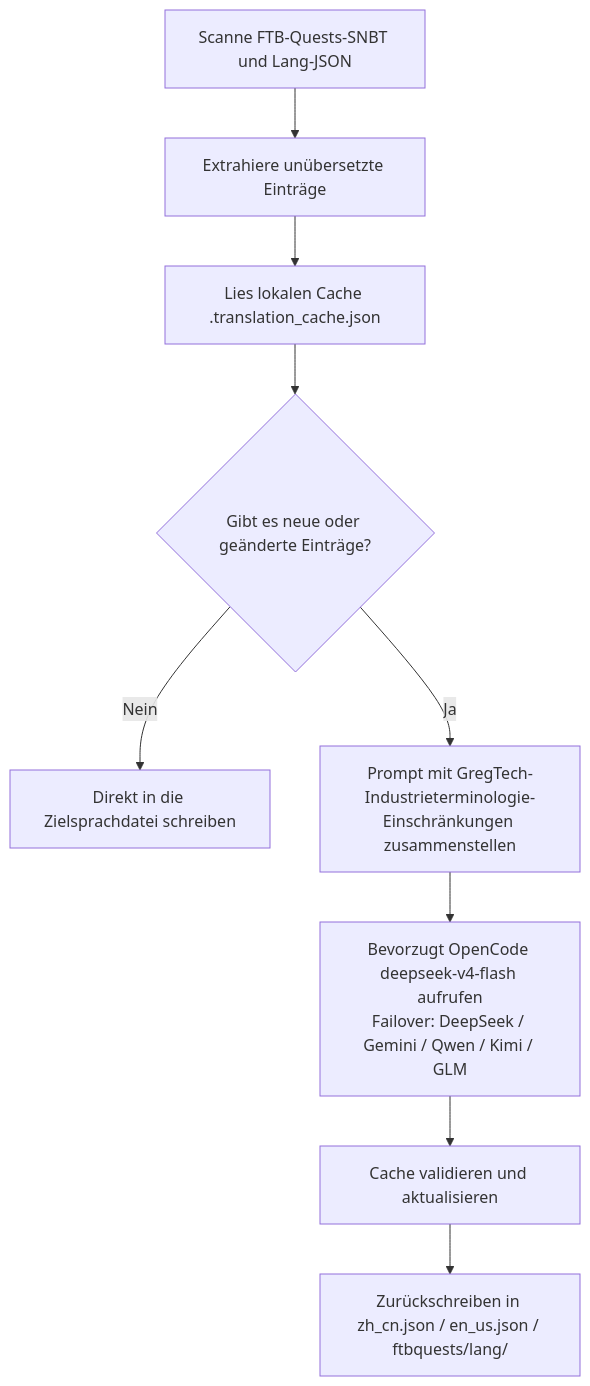
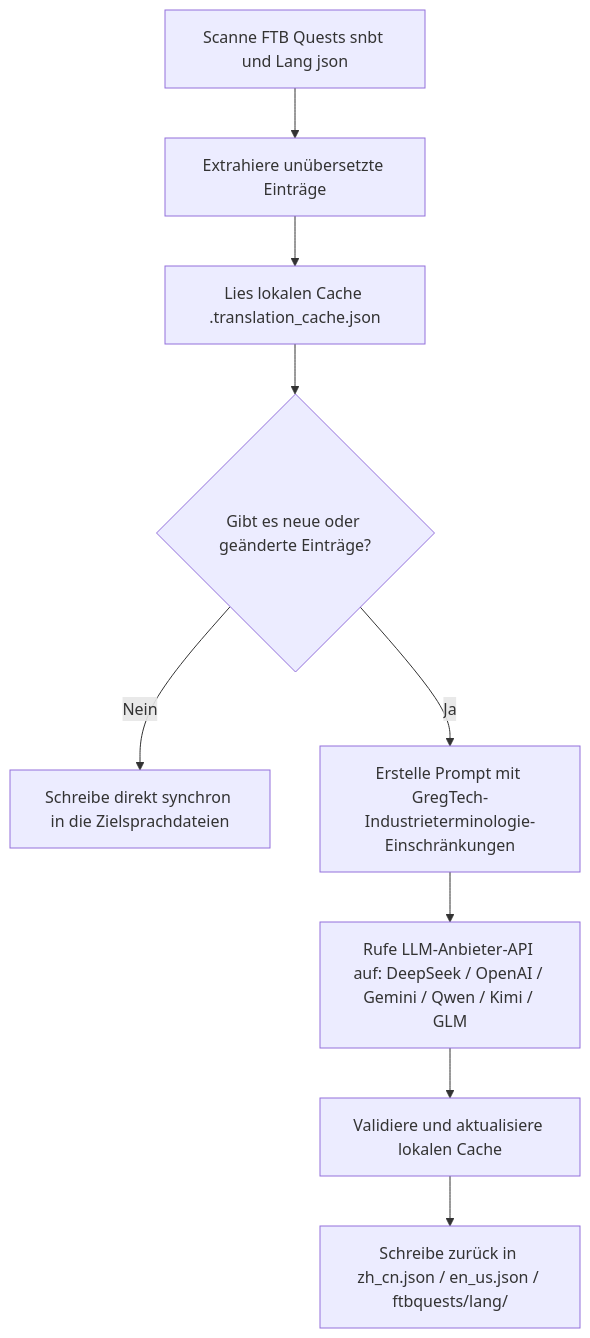
One commit to takanashisatou/GregtechEasy-Docs changed the diagram in docs/de/ci-cd-and-translation/ai-translation.md. Above: the diagram before and after it, drawn with Mermaid. The commit also changed other lines of this file and 8 other files, not shown here.

````diff
--- a/docs/de/ci-cd-and-translation/ai-translation.md
+++ b/docs/de/ci-cd-and-translation/ai-translation.md
@@ -27,11 +13,11 @@
 ```mermaid
 graph TD
-    A[Scanne FTB-Quests-SNBT und Lang-JSON] --> B[Extrahiere unübersetzte Einträge]
+    A[Scanne FTB Quests snbt und Lang json] --> B[Extrahiere unübersetzte Einträge]
     B --> C[Lies lokalen Cache .translation_cache.json]
     C --> D{Gibt es neue oder geänderte Einträge?}
-    D -- Nein --> E[Direkt in die Zielsprachdatei schreiben]
-    D -- Ja --> F[Prompt mit GregTech-Industrieterminologie-Einschränkungen zusammenstellen]
-    F --> G["Bevorzugt OpenCode deepseek-v4-flash aufrufen<br/>Failover: DeepSeek / Gemini / Qwen / Kimi / GLM"]
-    G --> H[Cache validieren und aktualisieren]
-    H --> I[Zurückschreiben in zh_cn.json / en_us.json / ftbquests/lang/]
+    D -- Nein --> E[Schreibe direkt synchron in die Zielsprachdateien]
+    D -- Ja --> F[Erstelle Prompt mit GregTech-Industrieterminologie-Einschränkungen]
+    F --> G[Rufe LLM-Anbieter-API auf: DeepSeek / OpenAI / Gemini / Qwen / Kimi / GLM]
+    G --> H[Validiere und aktualisiere lokalen Cache]
+    H --> I[Schreibe zurück in zh_cn.json / en_us.json / ftbquests/lang/]
 ```
````
